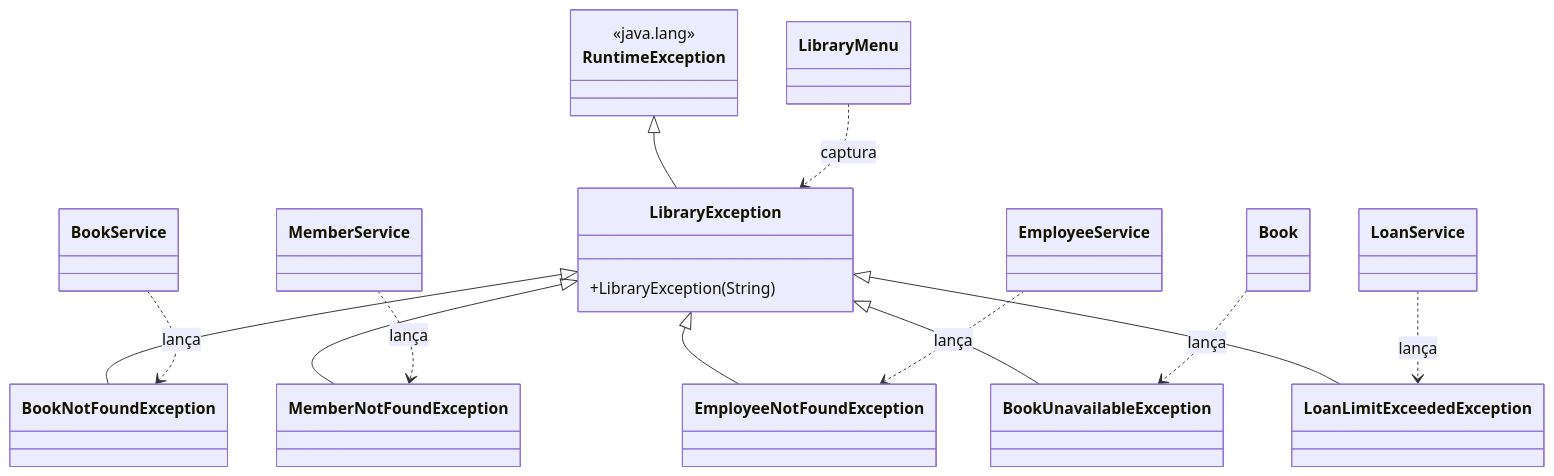
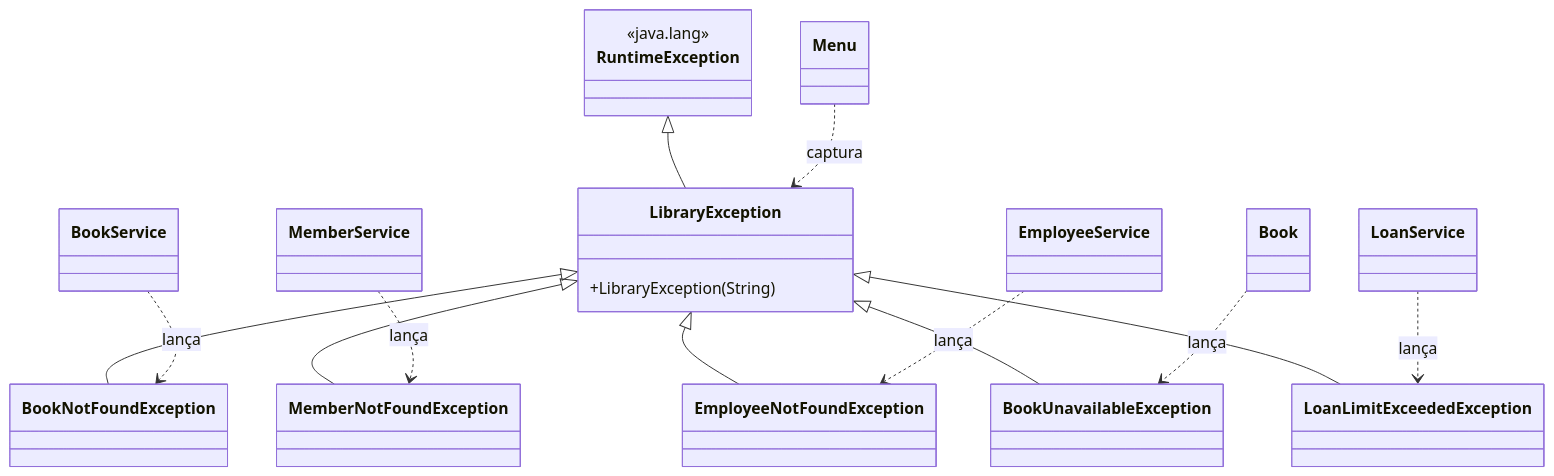
One commit to lucasrodriguescunha/laboratorio-de-programacao changed the fourth of 5 diagrams in library-management/docs/diagrama-de-classes.md. Above: the diagram before and after it, drawn with Mermaid. The commit also changed other lines of this file and 1 other file, not shown here.

First line of the commit message:
docs: describe the split menu in the README and the diagram

````diff
--- a/library-management/docs/diagrama-de-classes.md
+++ b/library-management/docs/diagrama-de-classes.md
@@ -246,30 +326,30 @@
 ```mermaid
 classDiagram
 direction TB
 
 class RuntimeException {
     <<java.lang>>
 }
 class LibraryException {
     +LibraryException(String)
 }
 class BookNotFoundException
 class MemberNotFoundException
 class EmployeeNotFoundException
 class BookUnavailableException
 class LoanLimitExceededException
 
 RuntimeException <|-- LibraryException
 LibraryException <|-- BookNotFoundException
 LibraryException <|-- MemberNotFoundException
 LibraryException <|-- EmployeeNotFoundException
 LibraryException <|-- BookUnavailableException
 LibraryException <|-- LoanLimitExceededException
 
 BookService ..> BookNotFoundException : lança
 MemberService ..> MemberNotFoundException : lança
 EmployeeService ..> EmployeeNotFoundException : lança
 LoanService ..> LoanLimitExceededException : lança
 Book ..> BookUnavailableException : lança
-LibraryMenu ..> LibraryException : captura
+Menu ..> LibraryException : captura
 ```
````
